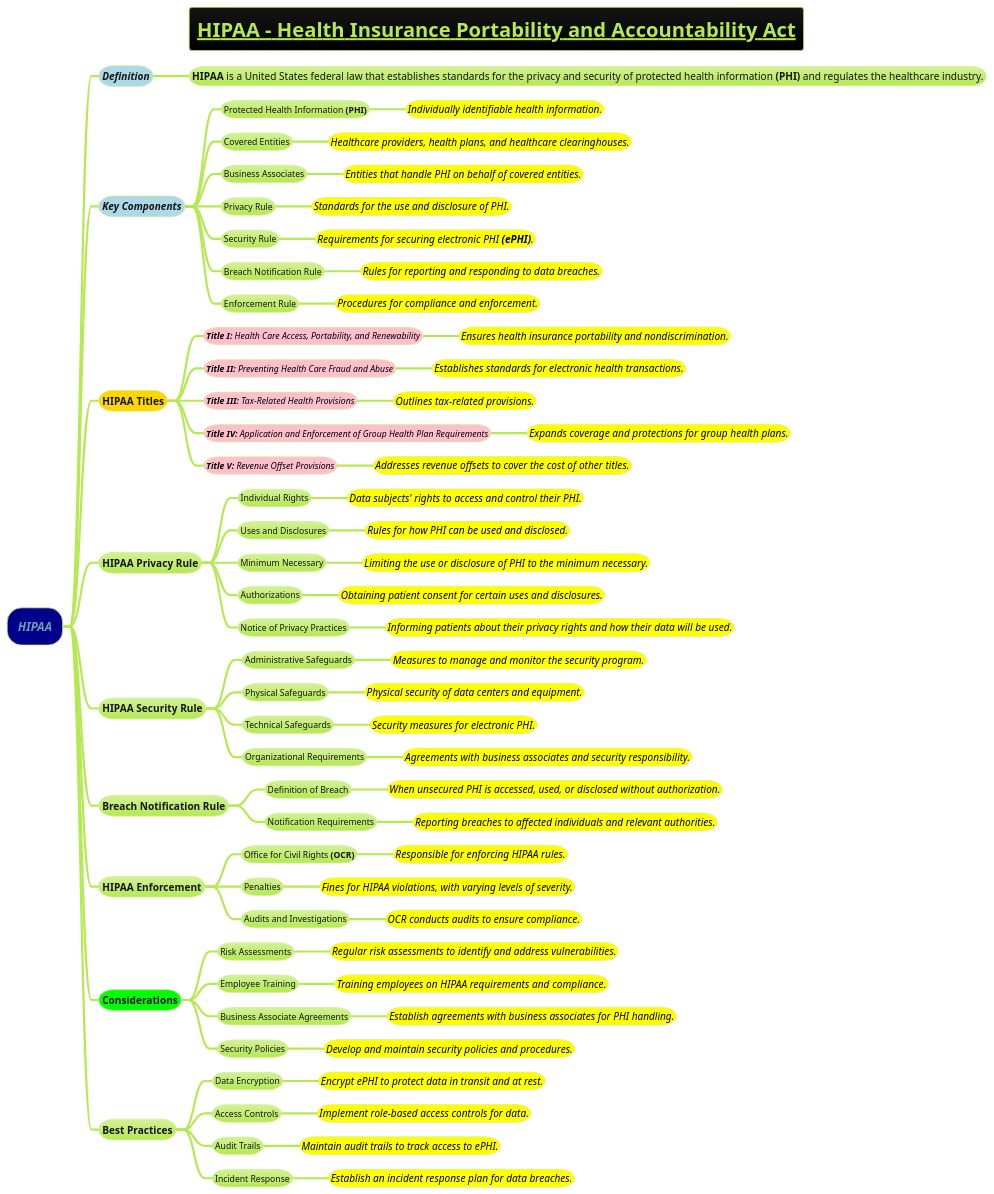
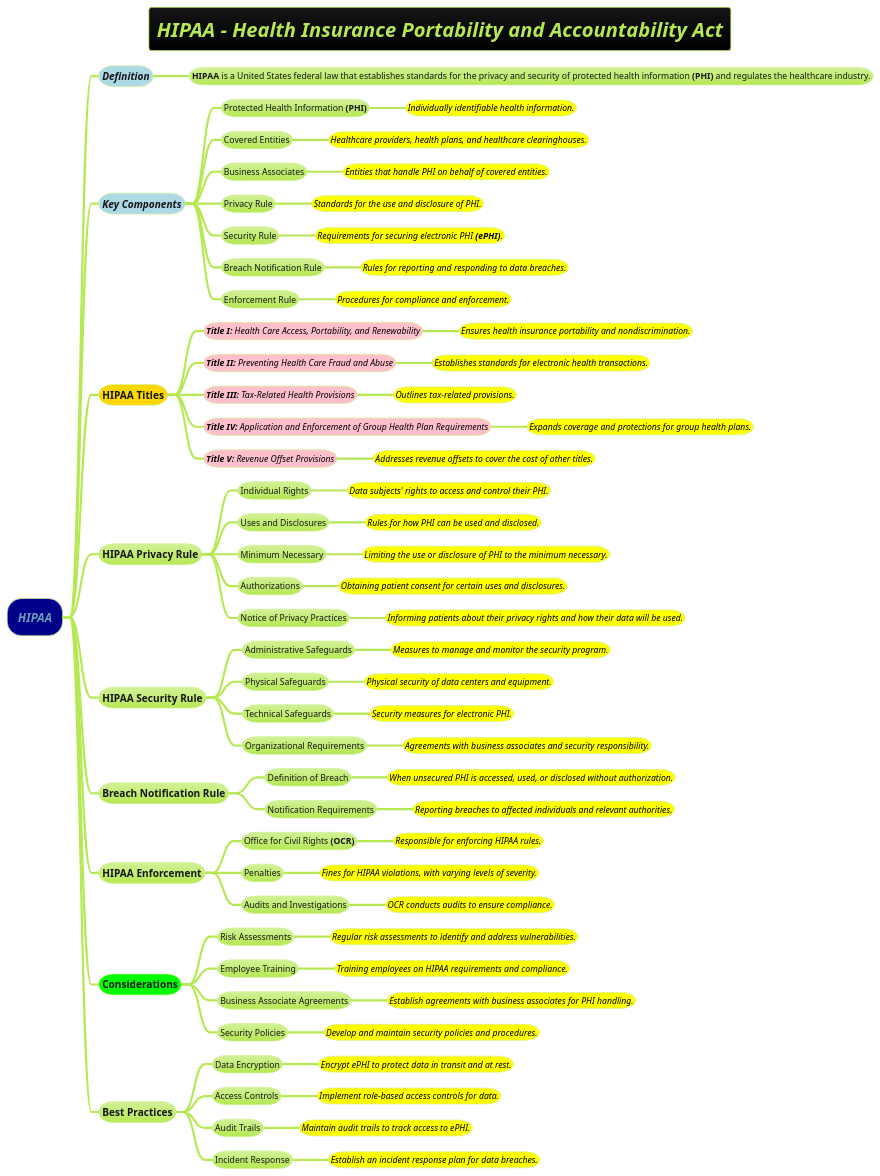
The diagram in docs/AI-ML-DL-Data-Science-and-BigData/data-science/data-engineering/HIPAA.puml (MehmoodHashmi/Documentation-as-Code-DaC), drawn with PlantUML before and after one commit. The commit also changed 2 other files, not shown here.

```diff
--- a/docs/AI-ML-DL-Data-Science-and-BigData/data-science/data-engineering/HIPAA.puml
+++ b/docs/AI-ML-DL-Data-Science-and-BigData/data-science/data-engineering/HIPAA.puml
@@ -1,93 +1,93 @@
 @startmindmap
-title =__HIPAA - Health Insurance Portability and Accountability Act__
+title =<i>HIPAA - Health Insurance Portability and Accountability Act
 !theme hacker
 
 *[#darkblue] <i>HIPAA
 **[#lightblue] <i>Definition
-*** <size:14>**HIPAA** is a United States federal law that establishes standards for the privacy and security of protected health information **(PHI)** and regulates the healthcare industry.
+*** <size:12>**HIPAA** is a United States federal law that establishes standards for the privacy and security of protected health information **(PHI)** and regulates the healthcare industry.
 
 **[#lightblue] <i>Key Components
 *** Protected Health Information **(PHI)**
-****[#yellow] <color #black><i><size:14>Individually identifiable health information.
+****[#yellow] <color #black><i><size:12>Individually identifiable health information.
 *** Covered Entities
-****[#yellow] <color #black><i><size:14>Healthcare providers, health plans, and healthcare clearinghouses.
+****[#yellow] <color #black><i><size:12>Healthcare providers, health plans, and healthcare clearinghouses.
 *** Business Associates
-****[#yellow] <color #black><i><size:14>Entities that handle PHI on behalf of covered entities.
+****[#yellow] <color #black><i><size:12>Entities that handle PHI on behalf of covered entities.
 *** Privacy Rule
-****[#yellow] <color #black><i><size:14>Standards for the use and disclosure of PHI.
+****[#yellow] <color #black><i><size:12>Standards for the use and disclosure of PHI.
 *** Security Rule
-****[#yellow] <color #black><i><size:14>Requirements for securing electronic PHI **(ePHI)**.
+****[#yellow] <color #black><i><size:12>Requirements for securing electronic PHI **(ePHI)**.
 *** Breach Notification Rule
-****[#yellow] <color #black><i><size:14>Rules for reporting and responding to data breaches.
+****[#yellow] <color #black><i><size:12>Rules for reporting and responding to data breaches.
 *** Enforcement Rule
-****[#yellow] <color #black><i><size:14>Procedures for compliance and enforcement.
+****[#yellow] <color #black><i><size:12>Procedures for compliance and enforcement.
 
 **[#gold] HIPAA Titles
 ***[#pink] <color #black><i>**Title I:** Health Care Access, Portability, and Renewability
-****[#yellow] <color #black><i><size:14>Ensures health insurance portability and nondiscrimination.
+****[#yellow] <color #black><i><size:12>Ensures health insurance portability and nondiscrimination.
 ***[#pink] <color #black><i>**Title II:** Preventing Health Care Fraud and Abuse
-****[#yellow] <color #black><i><size:14>Establishes standards for electronic health transactions.
+****[#yellow] <color #black><i><size:12>Establishes standards for electronic health transactions.
 ***[#pink] <color #black><i>**Title III:** Tax-Related Health Provisions
-****[#yellow] <color #black><i><size:14>Outlines tax-related provisions.
+****[#yellow] <color #black><i><size:12>Outlines tax-related provisions.
 ***[#pink] <color #black><i>**Title IV:** Application and Enforcement of Group Health Plan Requirements
-****[#yellow] <color #black><i><size:14>Expands coverage and protections for group health plans.
+****[#yellow] <color #black><i><size:12>Expands coverage and protections for group health plans.
 ***[#pink] <color #black><i>**Title V:** Revenue Offset Provisions
-****[#yellow] <color #black><i><size:14>Addresses revenue offsets to cover the cost of other titles.
+****[#yellow] <color #black><i><size:12>Addresses revenue offsets to cover the cost of other titles.
 
 ** HIPAA Privacy Rule
 *** Individual Rights
-****[#yellow] <color #black><i><size:14>Data subjects' rights to access and control their PHI.
+****[#yellow] <color #black><i><size:12>Data subjects' rights to access and control their PHI.
 *** Uses and Disclosures
-****[#yellow] <color #black><i><size:14>Rules for how PHI can be used and disclosed.
+****[#yellow] <color #black><i><size:12>Rules for how PHI can be used and disclosed.
 *** Minimum Necessary
-****[#yellow] <color #black><i><size:14>Limiting the use or disclosure of PHI to the minimum necessary.
+****[#yellow] <color #black><i><size:12>Limiting the use or disclosure of PHI to the minimum necessary.
 *** Authorizations
-****[#yellow] <color #black><i><size:14>Obtaining patient consent for certain uses and disclosures.
+****[#yellow] <color #black><i><size:12>Obtaining patient consent for certain uses and disclosures.
 *** Notice of Privacy Practices
-****[#yellow] <color #black><i><size:14>Informing patients about their privacy rights and how their data will be used.
+****[#yellow] <color #black><i><size:12>Informing patients about their privacy rights and how their data will be used.
 
 ** HIPAA Security Rule
 *** Administrative Safeguards
-****[#yellow] <color #black><i><size:14>Measures to manage and monitor the security program.
+****[#yellow] <color #black><i><size:12>Measures to manage and monitor the security program.
 *** Physical Safeguards
-****[#yellow] <color #black><i><size:14>Physical security of data centers and equipment.
+****[#yellow] <color #black><i><size:12>Physical security of data centers and equipment.
 *** Technical Safeguards
-****[#yellow] <color #black><i><size:14>Security measures for electronic PHI.
+****[#yellow] <color #black><i><size:12>Security measures for electronic PHI.
 *** Organizational Requirements
-****[#yellow] <color #black><i><size:14>Agreements with business associates and security responsibility.
+****[#yellow] <color #black><i><size:12>Agreements with business associates and security responsibility.
 
 ** Breach Notification Rule
 *** Definition of Breach
-****[#yellow] <color #black><i><size:14>When unsecured PHI is accessed, used, or disclosed without authorization.
+****[#yellow] <color #black><i><size:12>When unsecured PHI is accessed, used, or disclosed without authorization.
 *** Notification Requirements
-****[#yellow] <color #black><i><size:14>Reporting breaches to affected individuals and relevant authorities.
+****[#yellow] <color #black><i><size:12>Reporting breaches to affected individuals and relevant authorities.
 
 ** HIPAA Enforcement
 *** Office for Civil Rights **(OCR)**
-****[#yellow] <color #black><i><size:14>Responsible for enforcing HIPAA rules.
+****[#yellow] <color #black><i><size:12>Responsible for enforcing HIPAA rules.
 *** Penalties
-****[#yellow] <color #black><i><size:14>Fines for HIPAA violations, with varying levels of severity.
+****[#yellow] <color #black><i><size:12>Fines for HIPAA violations, with varying levels of severity.
 *** Audits and Investigations
-****[#yellow] <color #black><i><size:14>OCR conducts audits to ensure compliance.
+****[#yellow] <color #black><i><size:12>OCR conducts audits to ensure compliance.
 
 **[#lime] Considerations
 *** Risk Assessments
-****[#yellow] <color #black><i><size:14>Regular risk assessments to identify and address vulnerabilities.
+****[#yellow] <color #black><i><size:12>Regular risk assessments to identify and address vulnerabilities.
 *** Employee Training
-****[#yellow] <color #black><i><size:14>Training employees on HIPAA requirements and compliance.
+****[#yellow] <color #black><i><size:12>Training employees on HIPAA requirements and compliance.
 *** Business Associate Agreements
-****[#yellow] <color #black><i><size:14>Establish agreements with business associates for PHI handling.
+****[#yellow] <color #black><i><size:12>Establish agreements with business associates for PHI handling.
 *** Security Policies
-****[#yellow] <color #black><i><size:14>Develop and maintain security policies and procedures.
+****[#yellow] <color #black><i><size:12>Develop and maintain security policies and procedures.
 
 ** Best Practices
 *** Data Encryption
-****[#yellow] <color #black><i><size:14>Encrypt ePHI to protect data in transit and at rest.
+****[#yellow] <color #black><i><size:12>Encrypt ePHI to protect data in transit and at rest.
 *** Access Controls
-****[#yellow] <color #black><i><size:14>Implement role-based access controls for data.
+****[#yellow] <color #black><i><size:12>Implement role-based access controls for data.
 *** Audit Trails
-****[#yellow] <color #black><i><size:14>Maintain audit trails to track access to ePHI.
+****[#yellow] <color #black><i><size:12>Maintain audit trails to track access to ePHI.
 *** Incident Response
-****[#yellow] <color #black><i><size:14>Establish an incident response plan for data breaches.
+****[#yellow] <color #black><i><size:12>Establish an incident response plan for data breaches.
 
 @endmindmap
```
